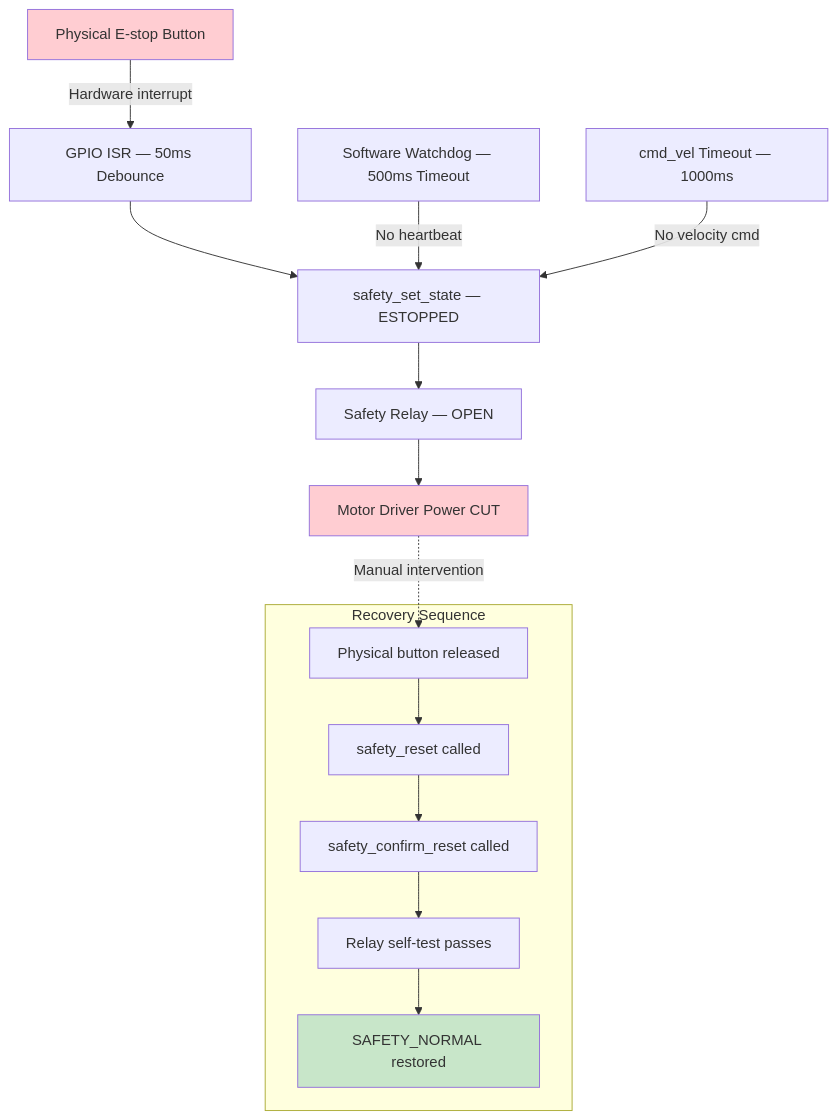
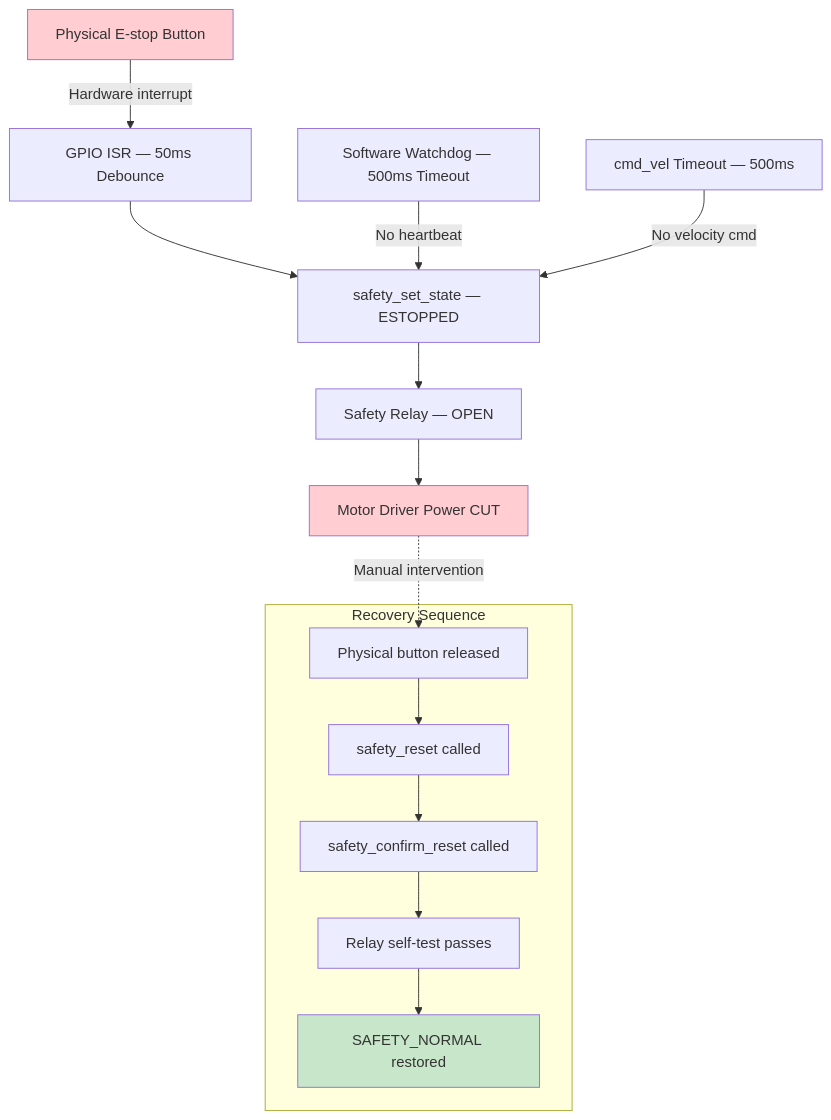
One commit to telleroutlook/3we-robot-platform changed the fourth of 6 diagrams in docs/architecture-diagrams.md. Above: the diagram before and after it, drawn with Mermaid. The commit also changed other lines of this file and 1 other file, not shown here.

Commit message:
docs: fix hardware-software inconsistencies in architecture diagrams and PCB docs
- Fix battery type: 3S LiPo → 2S 18650 (7.4V) to match firmware config,
  BOM, and power architecture (DRV8833 max 10.8V input)
- Fix cmd_vel timeout: 1000ms → 500ms to match firmware CMD_VEL_TIMEOUT_MS
- Clarify TPS5430 payload supply is Standard+ SKU component

````diff
--- a/docs/architecture-diagrams.md
+++ b/docs/architecture-diagrams.md
@@ -137,35 +137,35 @@
 ```mermaid
 flowchart TD
     BTN[Physical E-stop Button]
     GPIO[GPIO ISR — 50ms Debounce]
     STATE[safety_set_state — ESTOPPED]
     RELAY[Safety Relay — OPEN]
     MOTOR_OFF[Motor Driver Power CUT]
     WDG[Software Watchdog — 500ms Timeout]
-    CMD_TO[cmd_vel Timeout — 1000ms]
+    CMD_TO[cmd_vel Timeout — 500ms]
 
     BTN -->|"Hardware interrupt"| GPIO
     GPIO --> STATE
     STATE --> RELAY
     RELAY --> MOTOR_OFF
     WDG -->|"No heartbeat"| STATE
     CMD_TO -->|"No velocity cmd"| STATE
 
     subgraph Recovery["Recovery Sequence"]
         R1[Physical button released]
         R2[safety_reset called]
         R3[safety_confirm_reset called]
         R4[Relay self-test passes]
         R5[SAFETY_NORMAL restored]
     end
 
     MOTOR_OFF -.->|"Manual intervention"| R1
     R1 --> R2
     R2 --> R3
     R3 --> R4
     R4 --> R5
 
     style BTN fill:#ffcdd2
     style MOTOR_OFF fill:#ffcdd2
     style R5 fill:#c8e6c9
 ```
````
